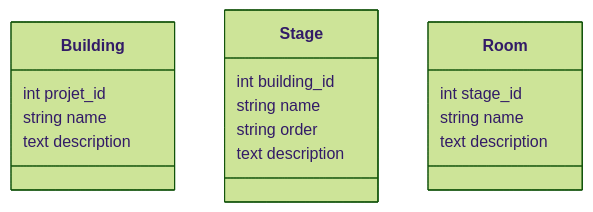
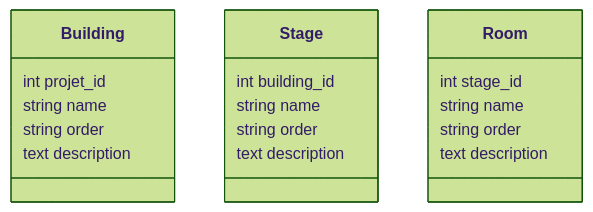
Before and after one commit to desmond8500/Dash3: the diagram in database/docs/05_Building.md, drawn with Mermaid (forest theme). The commit also changed 15 other files, not shown here.

````diff
--- a/database/docs/05_Building.md
+++ b/database/docs/05_Building.md
@@ -24,26 +24,28 @@
 ```mermaid
 classDiagram
 
 class Building {
     int projet_id
     string name
+    string order
     text description
 }
 
 class Stage {
     int building_id
     string name
     string order
     text description
 }
 
 class Room {
     int stage_id
     string name
+    string order
     text description
 }
 
 
 
 
 ```
````
